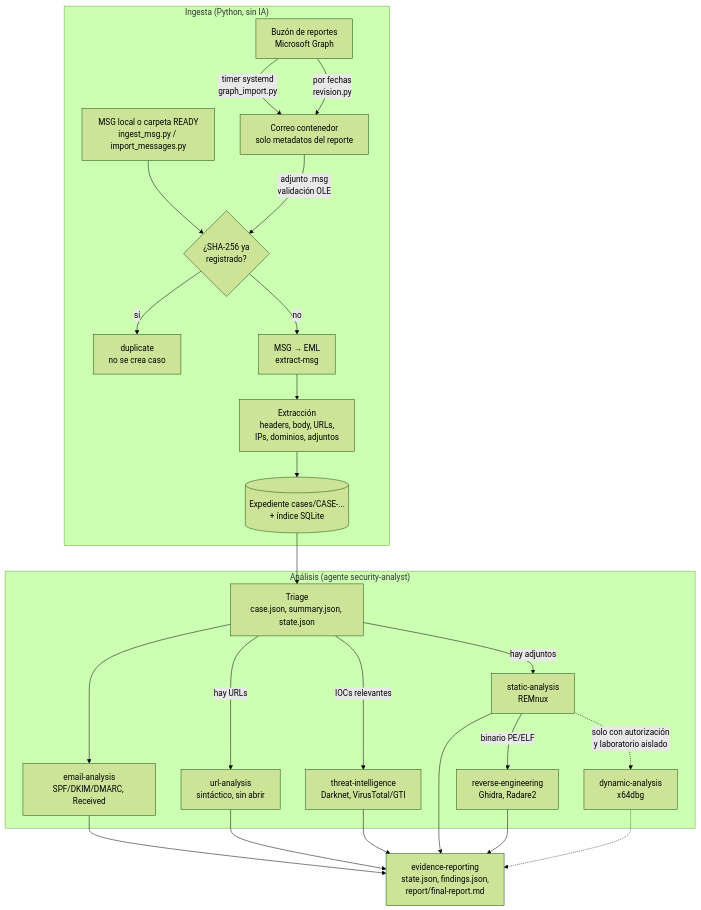
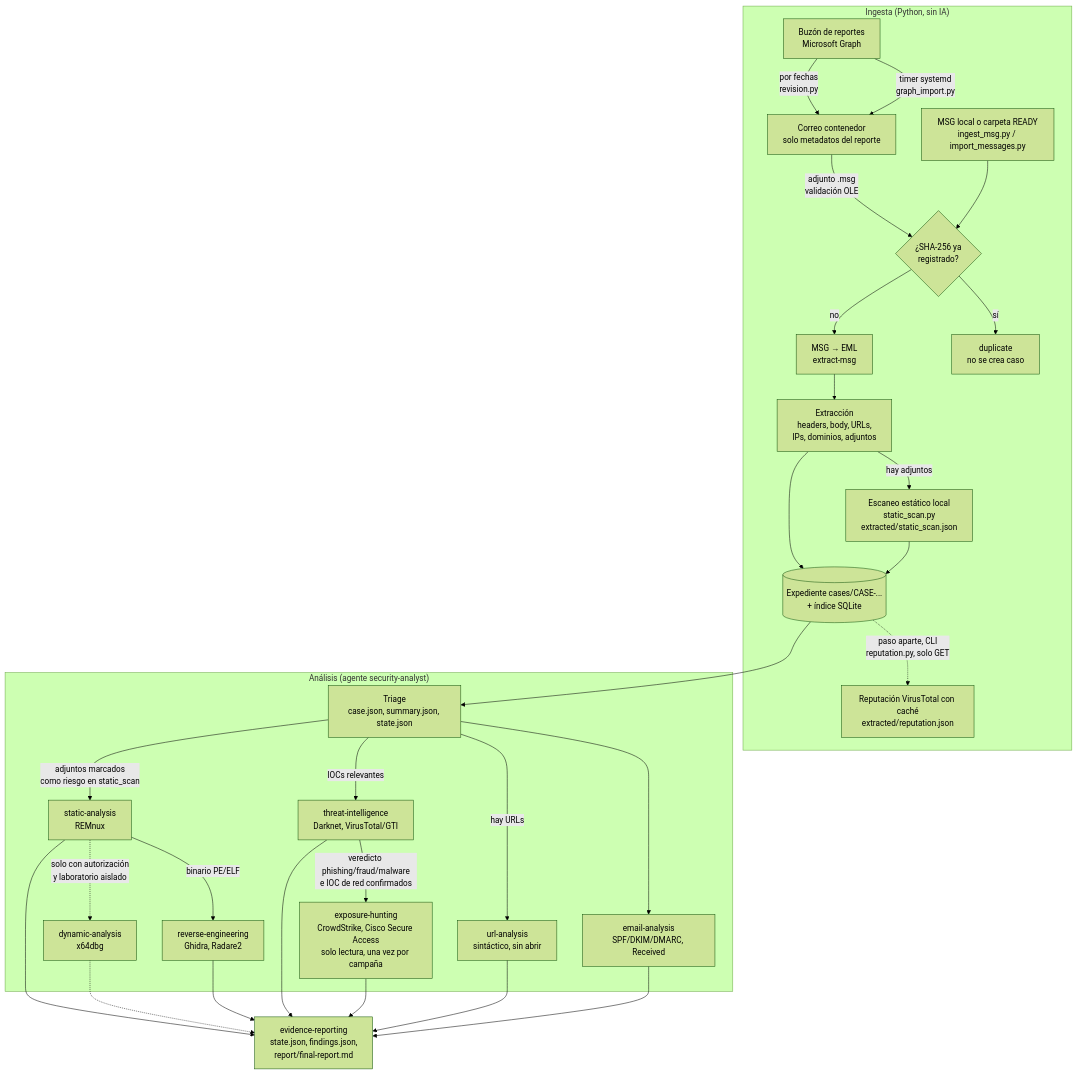
The second of 2 diagrams in README.md (aemunozr/superphishing), drawn with Mermaid (forest theme) before and after one commit. The commit also changed other lines of this file, not shown here.

````diff
--- a/README.md
+++ b/README.md
@@ -75,31 +75,36 @@
 ```mermaid
 flowchart TD
     subgraph Ingesta["Ingesta (Python, sin IA)"]
         A[Buzón de reportes<br/>Microsoft Graph] -->|timer systemd<br/>graph_import.py| C
         A -->|por fechas<br/>revision.py| C
         B[MSG local o carpeta READY<br/>ingest_msg.py / import_messages.py] --> D
         C[Correo contenedor<br/>solo metadatos del reporte] -->|adjunto .msg<br/>validación OLE| D
         D{¿SHA-256 ya<br/>registrado?} -->|sí| X[duplicate<br/>no se crea caso]
         D -->|no| E[MSG → EML<br/>extract-msg]
         E --> F[Extracción<br/>headers, body, URLs,<br/>IPs, dominios, adjuntos]
+        F -->|hay adjuntos| SS[Escaneo estático local<br/>static_scan.py<br/>extracted/static_scan.json]
         F --> G[(Expediente cases/CASE-...<br/>+ índice SQLite)]
+        SS --> G
+        G -.->|paso aparte, CLI<br/>reputation.py, solo GET| RP[Reputación VirusTotal con caché<br/>extracted/reputation.json]
     end
 
     subgraph Analisis["Análisis (agente security-analyst)"]
         G --> H[Triage<br/>case.json, summary.json, state.json]
         H --> I[email-analysis<br/>SPF/DKIM/DMARC, Received]
         H -->|hay URLs| J[url-analysis<br/>sintáctico, sin abrir]
         H -->|IOCs relevantes| K[threat-intelligence<br/>Darknet, VirusTotal/GTI]
-        H -->|hay adjuntos| L[static-analysis<br/>REMnux]
+        H -->|adjuntos marcados<br/>como riesgo en static_scan| L[static-analysis<br/>REMnux]
+        K -->|veredicto phishing/fraud/malware<br/>e IOC de red confirmados| O[exposure-hunting<br/>CrowdStrike, Cisco Secure Access<br/>solo lectura, una vez por campaña]
         L -->|binario PE/ELF| M[reverse-engineering<br/>Ghidra, Radare2]
         L -.->|solo con autorización<br/>y laboratorio aislado| N[dynamic-analysis<br/>x64dbg]
     end
 
     I --> R
     J --> R
     K --> R
     L --> R
     M --> R
     N -.-> R
+    O --> R
     R[evidence-reporting<br/>state.json, findings.json,<br/>report/final-report.md]
 ```
````
